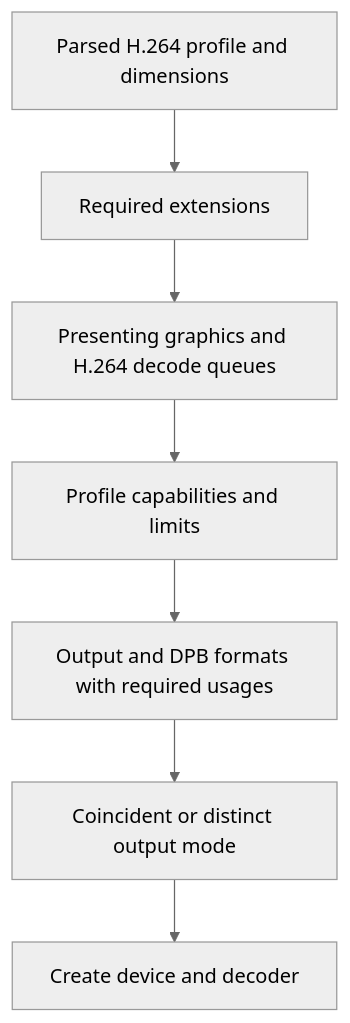
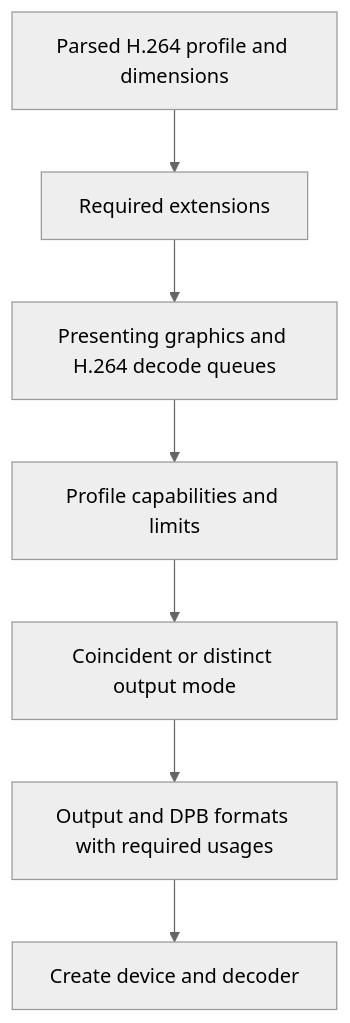
Before and after one commit to antono2/v_vulkan_video: the diagram in docs/guide/02-capabilities.md, drawn with Mermaid (neutral theme). The commit also changed other lines of this file and 28 other files, not shown here.

````diff
--- a/docs/guide/02-capabilities.md
+++ b/docs/guide/02-capabilities.md
@@ -34,9 +56,9 @@
 ```mermaid
 flowchart TD
     Stream[Parsed H.264 profile and dimensions] --> Extensions[Required extensions]
     Extensions --> Queues[Presenting graphics and H.264 decode queues]
     Queues --> Profile[Profile capabilities and limits]
-    Profile --> Formats[Output and DPB formats with required usages]
-    Formats --> Mode[Coincident or distinct output mode]
-    Mode --> Device[Create device and decoder]
+    Profile --> Mode[Coincident or distinct output mode]
+    Mode --> Formats[Output and DPB formats with required usages]
+    Formats --> Device[Create device and decoder]
 ```
````
